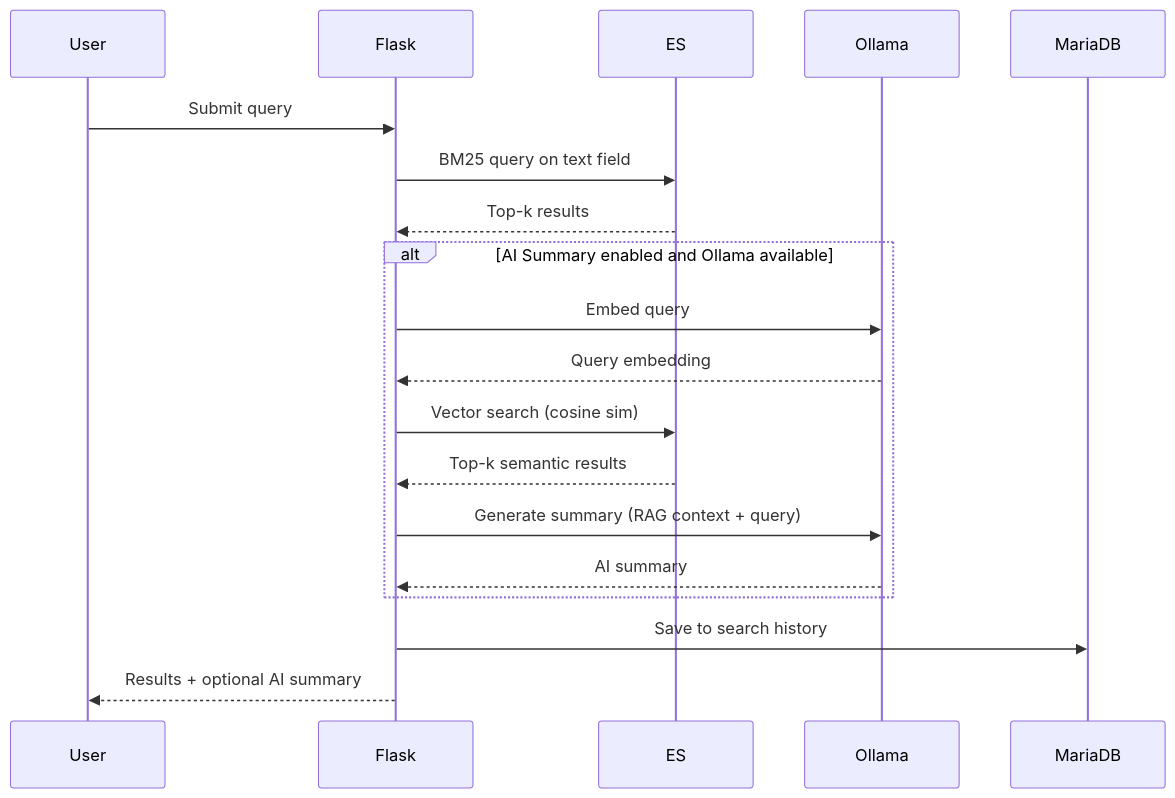
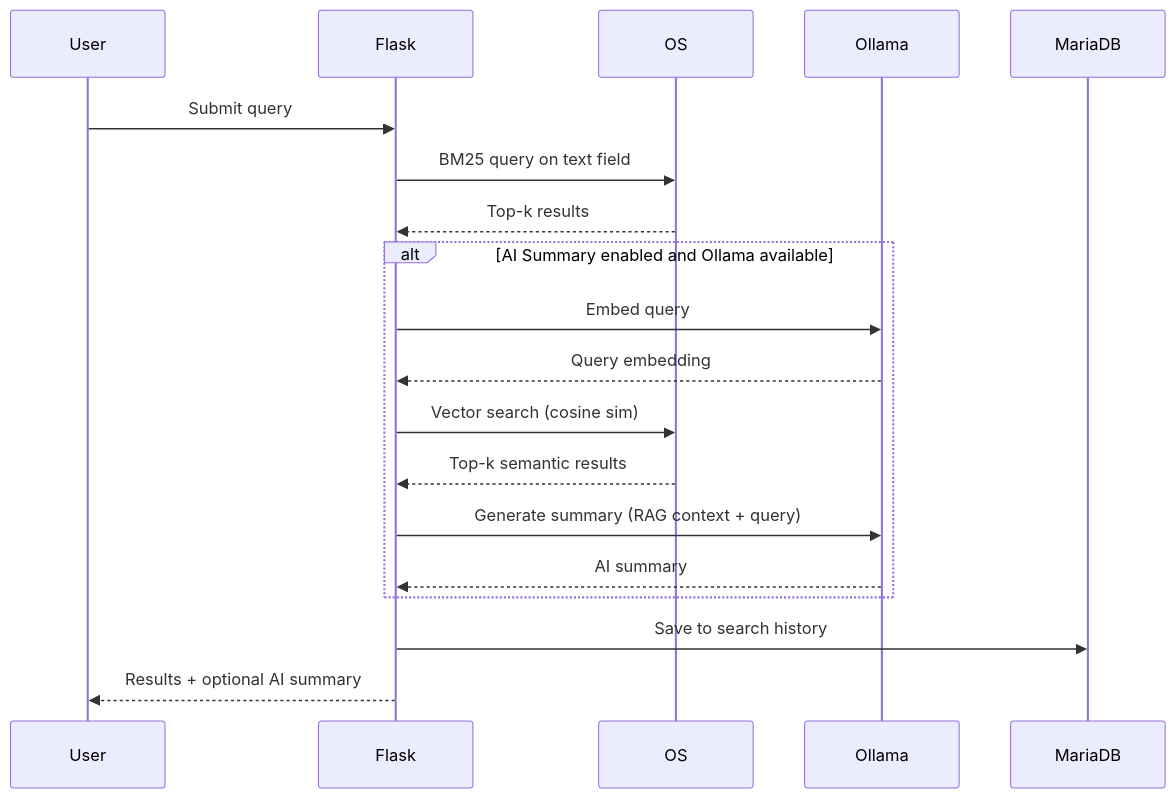
One commit to eyeclept/SHSE changed the fourth of 5 diagrams in DesignDoc.md. Above: the diagram before and after it, drawn with Mermaid. The commit also changed other lines of this file and 3 other files, not shown here.

````diff
--- a/DesignDoc.md
+++ b/DesignDoc.md
@@ -312,22 +312,22 @@
 ```mermaid
 sequenceDiagram
     participant User
     participant Flask
-    participant ES
+    participant OS
     participant Ollama
     participant MariaDB
 
     User->>Flask: Submit query
-    Flask->>ES: BM25 query on text field
-    ES-->>Flask: Top-k results
+    Flask->>OS: BM25 query on text field
+    OS-->>Flask: Top-k results
     alt AI Summary enabled and Ollama available
         Flask->>Ollama: Embed query
         Ollama-->>Flask: Query embedding
-        Flask->>ES: Vector search (cosine sim)
-        ES-->>Flask: Top-k semantic results
+        Flask->>OS: Vector search (cosine sim)
+        OS-->>Flask: Top-k semantic results
         Flask->>Ollama: Generate summary (RAG context + query)
         Ollama-->>Flask: AI summary
     end
     Flask->>MariaDB: Save to search history
     Flask-->>User: Results + optional AI summary
 ```
````
